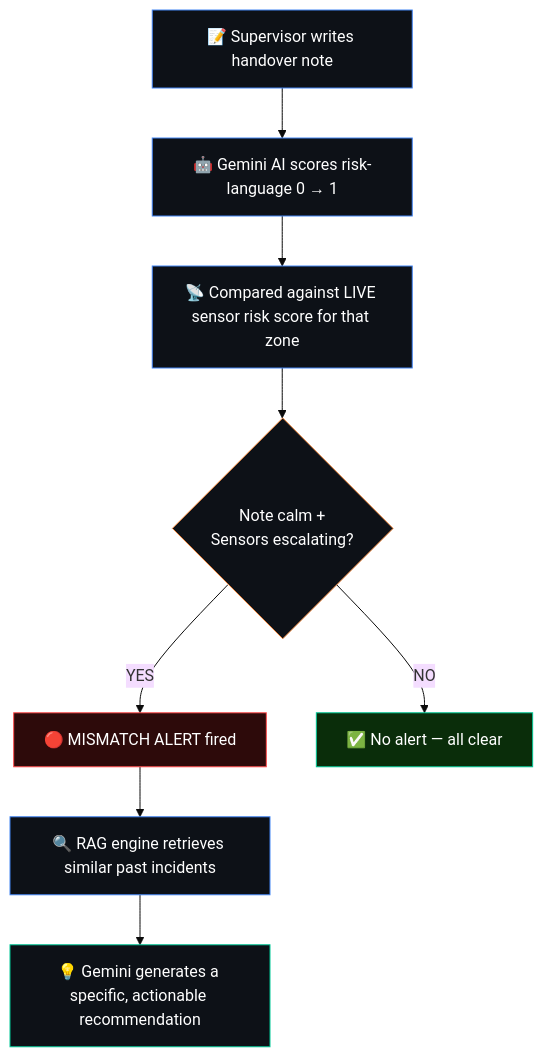
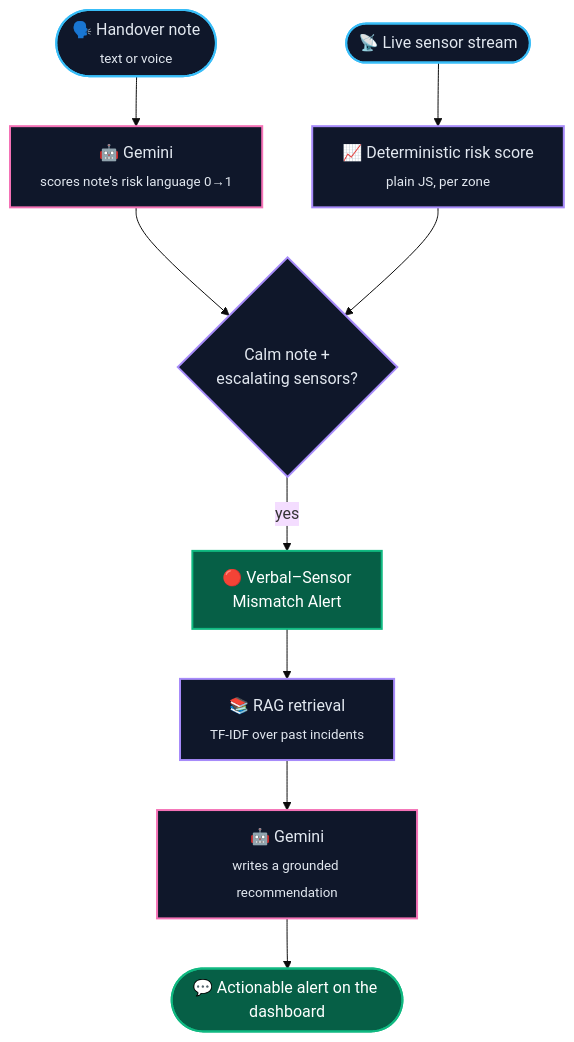
One commit to mittalsaks/shiftzero-industrial-safety changed the second of 3 diagrams in README.md. Above: the diagram before and after it, drawn with Mermaid (base theme). The commit also changed other lines of this file and 13 other files, not shown here.

````diff
--- a/README.md
+++ b/README.md
@@ -41,19 +140,16 @@
 ```mermaid
 flowchart TD
-    A[📝 Supervisor writes handover note] --> B[🤖 Gemini AI scores risk-language 0 → 1]
-    B --> C[📡 Compared against LIVE sensor risk score for that zone]
-    C --> D{Note calm +<br/>Sensors escalating?}
-    D -->|YES| E[🔴 MISMATCH ALERT fired]
-    D -->|NO| F[✅ No alert — all clear]
-    E --> G[🔍 RAG engine retrieves similar past incidents]
-    G --> H[💡 Gemini generates a specific, actionable recommendation]
+    classDef input fill:#0f172a,stroke:#38bdf8,color:#e2e8f0,stroke-width:2px
+    classDef ai fill:#0f172a,stroke:#f472b6,color:#e2e8f0,stroke-width:2px
+    classDef stage fill:#0f172a,stroke:#a78bfa,color:#e2e8f0,stroke-width:2px
+    classDef result fill:#065f46,stroke:#10b981,color:#ffffff,stroke-width:2px
 
-    style A fill:#0d1117,stroke:#4285F4,color:#ffffff
-    style B fill:#0d1117,stroke:#4285F4,color:#ffffff
-    style C fill:#0d1117,stroke:#4285F4,color:#ffffff
-    style D fill:#0d1117,stroke:#f0883e,color:#ffffff
-    style E fill:#2d0a0a,stroke:#ff4d4d,color:#ffffff
-    style F fill:#0a2d0a,stroke:#00C896,color:#ffffff
-    style G fill:#0d1117,stroke:#4285F4,color:#ffffff
-    style H fill:#0d1117,stroke:#00C896,color:#ffffff
+    A(["🗣️ Handover note<br/><sub>text or voice</sub>"]):::input --> B["🤖 Gemini<br/><sub>scores note's risk language 0→1</sub>"]:::ai
+    C(["📡 Live sensor stream"]):::input --> D["📈 Deterministic risk score<br/><sub>plain JS, per zone</sub>"]:::stage
+    B --> E{"Calm note +<br/>escalating sensors?"}:::stage
+    D --> E
+    E -- yes --> F["🔴 Verbal–Sensor<br/>Mismatch Alert"]:::result
+    F --> G["📚 RAG retrieval<br/><sub>TF-IDF over past incidents</sub>"]:::stage
+    G --> H["🤖 Gemini<br/><sub>writes a grounded recommendation</sub>"]:::ai
+    H --> I(["💬 Actionable alert on the dashboard"]):::result
 ```
````
